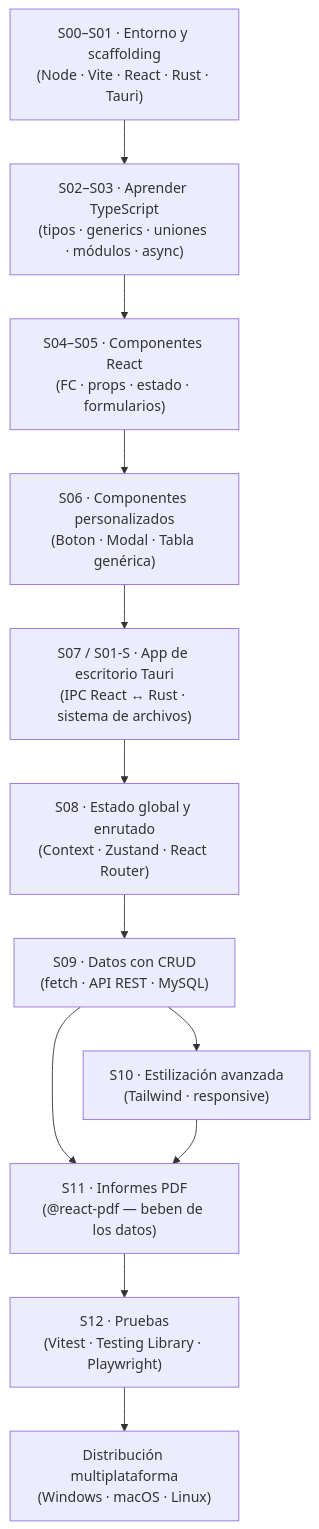
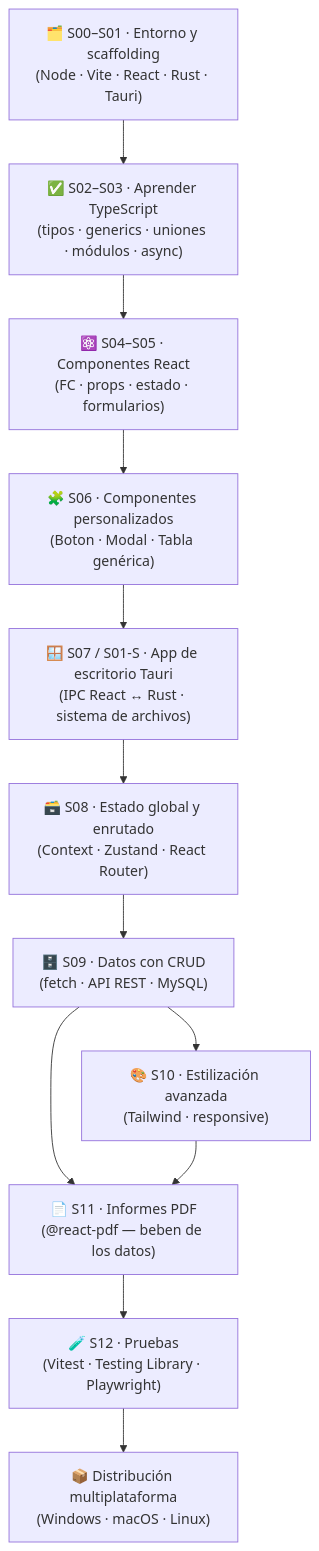
One commit to MolinaJM/DI-REACT-TAURI changed the diagram in README.md. Above: the diagram before and after it, drawn with Mermaid. The commit also changed other lines of this file and 231 other files, not shown here.

````diff
--- a/README.md
+++ b/README.md
@@ -52,26 +67,26 @@
 ```mermaid
 flowchart TD
-    ENV["S00–S01 · Entorno y scaffolding<br/>(Node · Vite · React · Rust · Tauri)"]
-    TS["S02–S03 · Aprender TypeScript<br/>(tipos · generics · uniones · módulos · async)"]
-    REACT["S04–S05 · Componentes React<br/>(FC · props · estado · formularios)"]
-    CUSTOM["S06 · Componentes personalizados<br/>(Boton · Modal · Tabla genérica)"]
-    TAURI["S07 / S01-S · App de escritorio Tauri<br/>(IPC React ↔ Rust · sistema de archivos)"]
-    GLOBAL["S08 · Estado global y enrutado<br/>(Context · Zustand · React Router)"]
-    CRUD["S09 · Datos con CRUD<br/>(fetch · API REST · MySQL)"]
-    STYLE["S10 · Estilización avanzada<br/>(Tailwind · responsive)"]
-    PDF["S11 · Informes PDF<br/>(@react-pdf — beben de los datos)"]
-    TEST["S12 · Pruebas<br/>(Vitest · Testing Library · Playwright)"]
-    DIST["Distribución multiplataforma<br/>(Windows · macOS · Linux)"]
+    ENV["🗂️ S00–S01 · Entorno y scaffolding<br/>(Node · Vite · React · Rust · Tauri)"]
+    TS["✅ S02–S03 · Aprender TypeScript<br/>(tipos · generics · uniones · módulos · async)"]
+    REACT["⚛️ S04–S05 · Componentes React<br/>(FC · props · estado · formularios)"]
+    CUSTOM["🧩 S06 · Componentes personalizados<br/>(Boton · Modal · Tabla genérica)"]
+    TAURI["🪟 S07 / S01-S · App de escritorio Tauri<br/>(IPC React ↔ Rust · sistema de archivos)"]
+    GLOBAL["🗃️ S08 · Estado global y enrutado<br/>(Context · Zustand · React Router)"]
+    CRUD["🗄️ S09 · Datos con CRUD<br/>(fetch · API REST · MySQL)"]
+    STYLE["🎨 S10 · Estilización avanzada<br/>(Tailwind · responsive)"]
+    PDF["📄 S11 · Informes PDF<br/>(@react-pdf — beben de los datos)"]
+    TEST["🧪 S12 · Pruebas<br/>(Vitest · Testing Library · Playwright)"]
+    DIST["📦 Distribución multiplataforma<br/>(Windows · macOS · Linux)"]
 
     ENV --> TS
     TS --> REACT
     REACT --> CUSTOM
     CUSTOM --> TAURI
     TAURI --> GLOBAL
     GLOBAL --> CRUD
     CRUD --> STYLE
     CRUD --> PDF
     STYLE --> PDF
     PDF --> TEST
     TEST --> DIST
 ```
````
